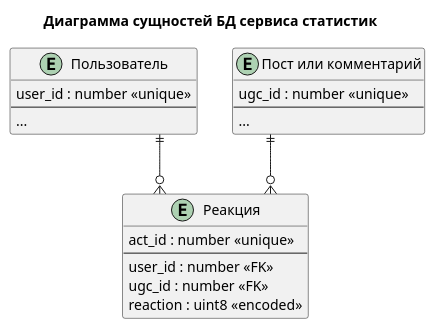
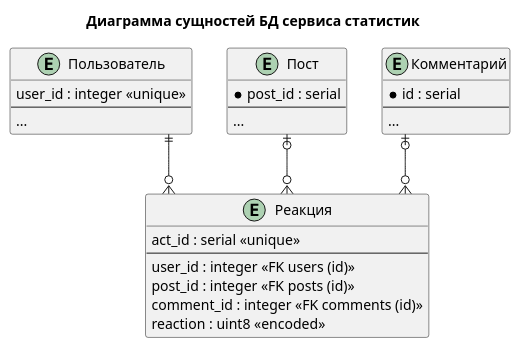
Before and after one commit to sermir2003/my-tiny-social-network: the diagram in docs/erd-stats.plantuml, drawn with PlantUML. The commit also changed 4 other files, not shown here.

Commit message:
improved diagrams

```diff
--- a/docs/erd-stats.plantuml
+++ b/docs/erd-stats.plantuml
@@ -1,32 +1,40 @@
 @startuml erd-stats
 
 skinparam linetype ortho
 
 title
     Диаграмма сущностей БД сервиса статистик
 end title
 
-entity "Пользователь" as user {
-    user_id : number <<unique>>
+entity "Пользователь" as users {
+    user_id : integer <<unique>>
     --
     ...
 }
 
-entity "Пост или комментарий" as ugc {
-    ugc_id : number <<unique>>
+entity "Пост" as posts {
+    * post_id : serial
     --
     ...
 }
 
-entity "Реакция" as reaction {
-    act_id : number <<unique>>
+entity "Комментарий" as comments {
+    * id : serial
     --
-    user_id : number <<FK>>
-    ugc_id : number <<FK>>
+    ...
+}
+
+entity "Реакция" as reactions {
+    act_id : serial <<unique>>
+    --
+    user_id : integer <<FK users (id)>>
+    post_id : integer <<FK posts (id)>>
+    comment_id : integer <<FK comments (id)>>
     reaction : uint8 <<encoded>>
 }
 
-user ||--o{ reaction
-ugc ||--o{ reaction
+users ||--o{ reactions
+posts |o--o{ reactions
+comments |o--o{ reactions
 
 @enduml
```
